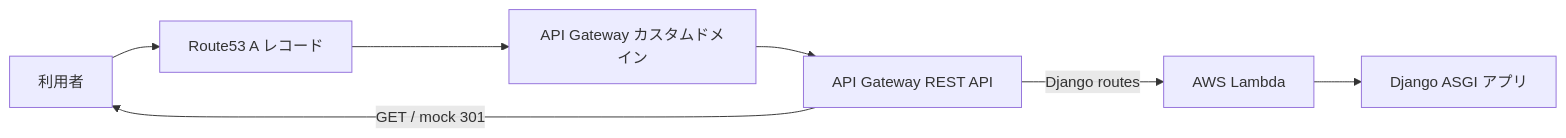
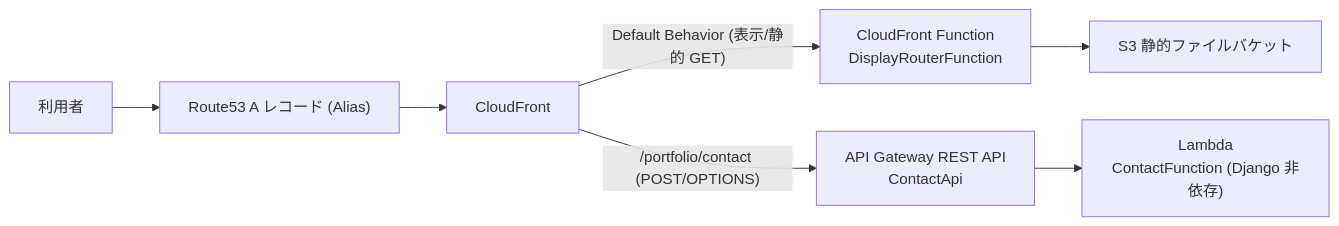
The diagram in docs/architecture.md (cobaemon/ServerlessPortfolio), drawn with Mermaid before and after one commit. The commit also changed other lines of this file and 49 other files, not shown here.

````diff
--- a/docs/architecture.md
+++ b/docs/architecture.md
@@ -11,13 +15,14 @@
 ```mermaid
 flowchart LR
     User["利用者"]
-    Route53["Route53 A レコード"]
-    Domain["API Gateway カスタムドメイン"]
-    Api["API Gateway REST API"]
-    Lambda["AWS Lambda"]
-    Django["Django ASGI アプリ"]
+    Route53["Route53 A レコード (Alias)"]
+    CloudFront["CloudFront"]
+    Router["CloudFront Function<br/>DisplayRouterFunction"]
+    S3["S3 静的ファイルバケット"]
+    ContactApi["API Gateway REST API<br/>ContactApi"]
+    ContactFunction["Lambda<br/>ContactFunction (Django 非依存)"]
 
-    User --> Route53 --> Domain --> Api
-    Api -->|"GET / mock 301"| User
-    Api -->|"Django routes"| Lambda --> Django
+    User --> Route53 --> CloudFront
+    CloudFront -->|"Default Behavior (表示/静的 GET)"| Router --> S3
+    CloudFront -->|"/portfolio/contact (POST/OPTIONS)"| ContactApi --> ContactFunction
 ```
````
